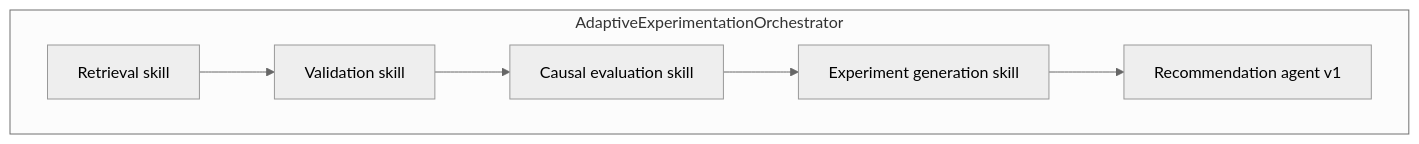
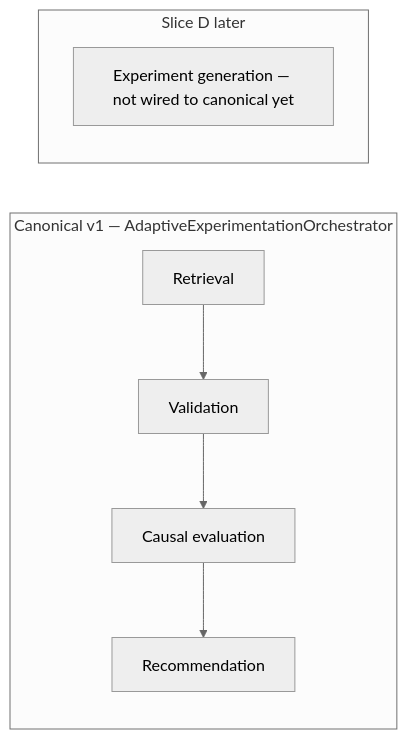
Before and after one commit to anushkamathur14-cloud/Dell-Capstone: the diagram in docs/skills_catalog.md, drawn with Mermaid (neutral theme). The commit also changed other lines of this file and 9 other files, not shown here.

````diff
--- a/docs/skills_catalog.md
+++ b/docs/skills_catalog.md
@@ -99,11 +97,14 @@
 ```mermaid
-flowchart TD
-    subgraph orch [AdaptiveExperimentationOrchestrator]
-      RS[Retrieval skill]
-      VS[Validation skill]
-      CE[Causal evaluation skill]
-      EG[Experiment generation skill]
-      RR[Recommendation agent v1]
-      RS --> VS --> CE --> EG --> RR
+flowchart LR
+    subgraph orch [Canonical v1 — AdaptiveExperimentationOrchestrator]
+      RS[Retrieval]
+      VS[Validation]
+      CE[Causal evaluation]
+      RR[Recommendation]
+      RS --> VS --> CE --> RR
+    end
+
+    subgraph future [Slice D later]
+      EG[Experiment generation — not wired to canonical yet]
     end
 ```
````
